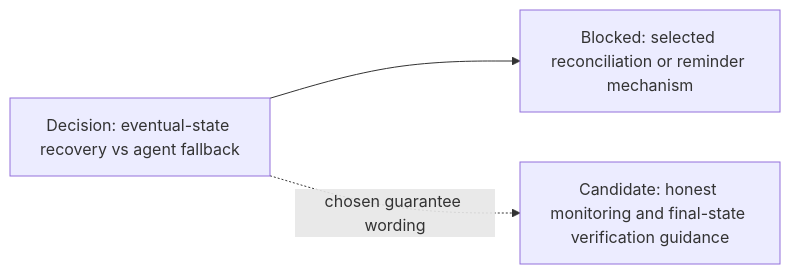
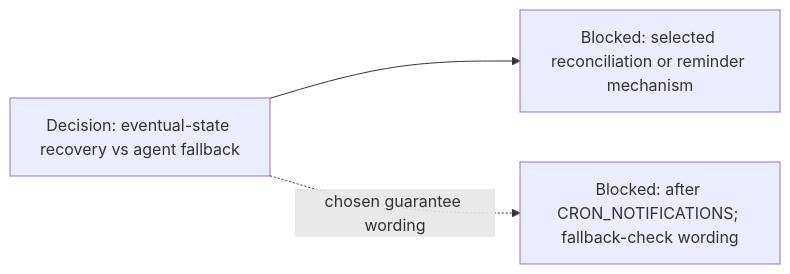
The fourth of 15 diagrams in agentplane/plans/task_dag.md (agentydragon-agent/ducktape), drawn with Mermaid before and after one commit. The commit also changed other lines of this file, not shown here.

First line of the commit message:
agentplane: sequence GitHub shepherd guidance after cron notifications (#10273)

````diff
--- a/agentplane/plans/task_dag.md
+++ b/agentplane/plans/task_dag.md
@@ -138,8 +138,8 @@
 ```mermaid
 flowchart LR
     GITHUB_NOTICE_RELIABILITY_DESIGN[Decision: eventual-state recovery vs agent fallback]
     GITHUB_NOTIFICATION_RECOVERY[Blocked: selected reconciliation or reminder mechanism]
-    GITHUB_SHEPHERD_GUIDANCE[Candidate: honest monitoring and final-state verification guidance]
+    GITHUB_SHEPHERD_GUIDANCE[Blocked: after CRON_NOTIFICATIONS; fallback-check wording]
     GITHUB_NOTICE_RELIABILITY_DESIGN --> GITHUB_NOTIFICATION_RECOVERY
     GITHUB_NOTICE_RELIABILITY_DESIGN -. chosen guarantee wording .-> GITHUB_SHEPHERD_GUIDANCE
 ```
````
